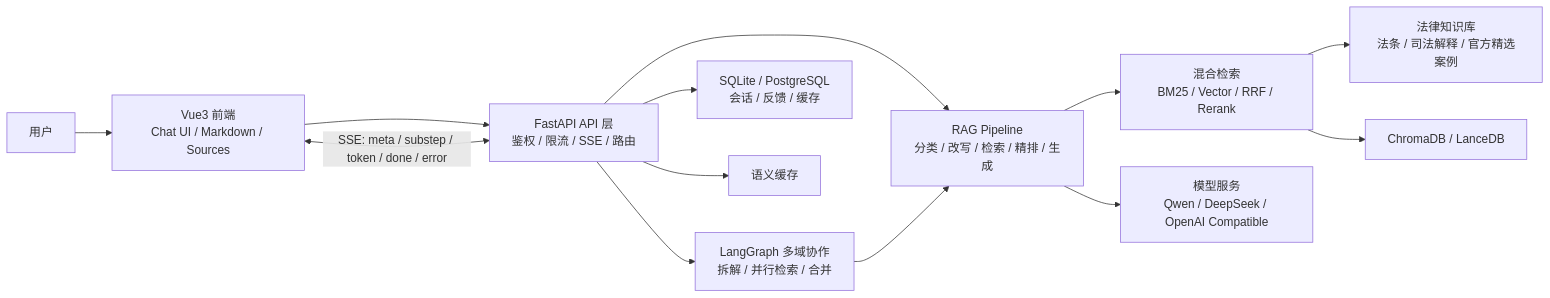
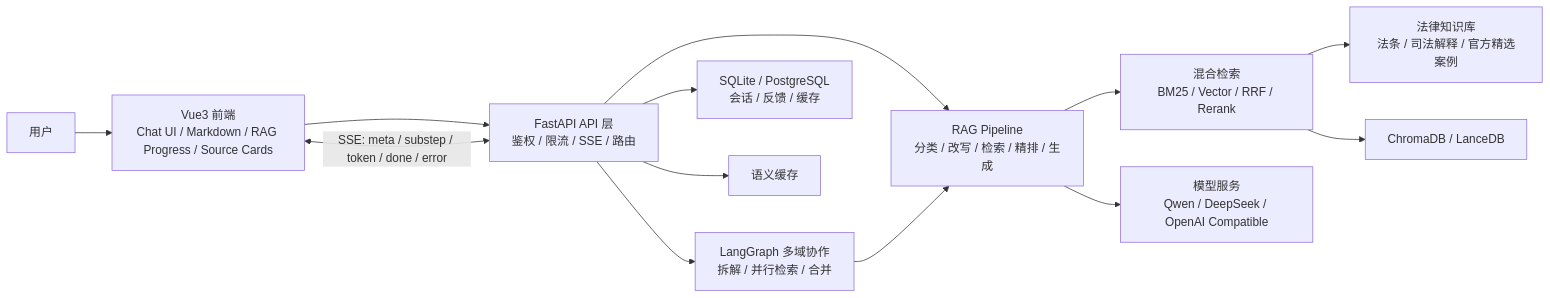
One commit to chenshuangwtt/lawyerAgents changed the diagram in docs/ARCHITECTURE.md. Above: the diagram before and after it, drawn with Mermaid. The commit also changed other lines of this file and 41 other files, not shown here.

````diff
--- a/docs/ARCHITECTURE.md
+++ b/docs/ARCHITECTURE.md
@@ -13,18 +13,18 @@
 ```mermaid
 flowchart LR
-    U["用户"] --> FE["Vue3 前端<br/>Chat UI / Markdown / Sources"]
+    U["用户"] --> FE["Vue3 前端<br/>Chat UI / Markdown / RAG Progress / Source Cards"]
     FE --> API["FastAPI API 层<br/>鉴权 / 限流 / SSE / 路由"]
 
     API --> RAG["RAG Pipeline<br/>分类 / 改写 / 检索 / 精排 / 生成"]
     API --> LG["LangGraph 多域协作<br/>拆解 / 并行检索 / 合并"]
     LG --> RAG
 
     RAG --> HY["混合检索<br/>BM25 / Vector / RRF / Rerank"]
     HY --> KB["法律知识库<br/>法条 / 司法解释 / 官方精选案例"]
     HY --> VDB["ChromaDB / LanceDB"]
     RAG --> LLM["模型服务<br/>Qwen / DeepSeek / OpenAI Compatible"]
 
     API --> DB["SQLite / PostgreSQL<br/>会话 / 反馈 / 缓存"]
     API --> CACHE["语义缓存"]
     FE <-->|"SSE: meta / substep / token / done / error"| API
 ```
````
